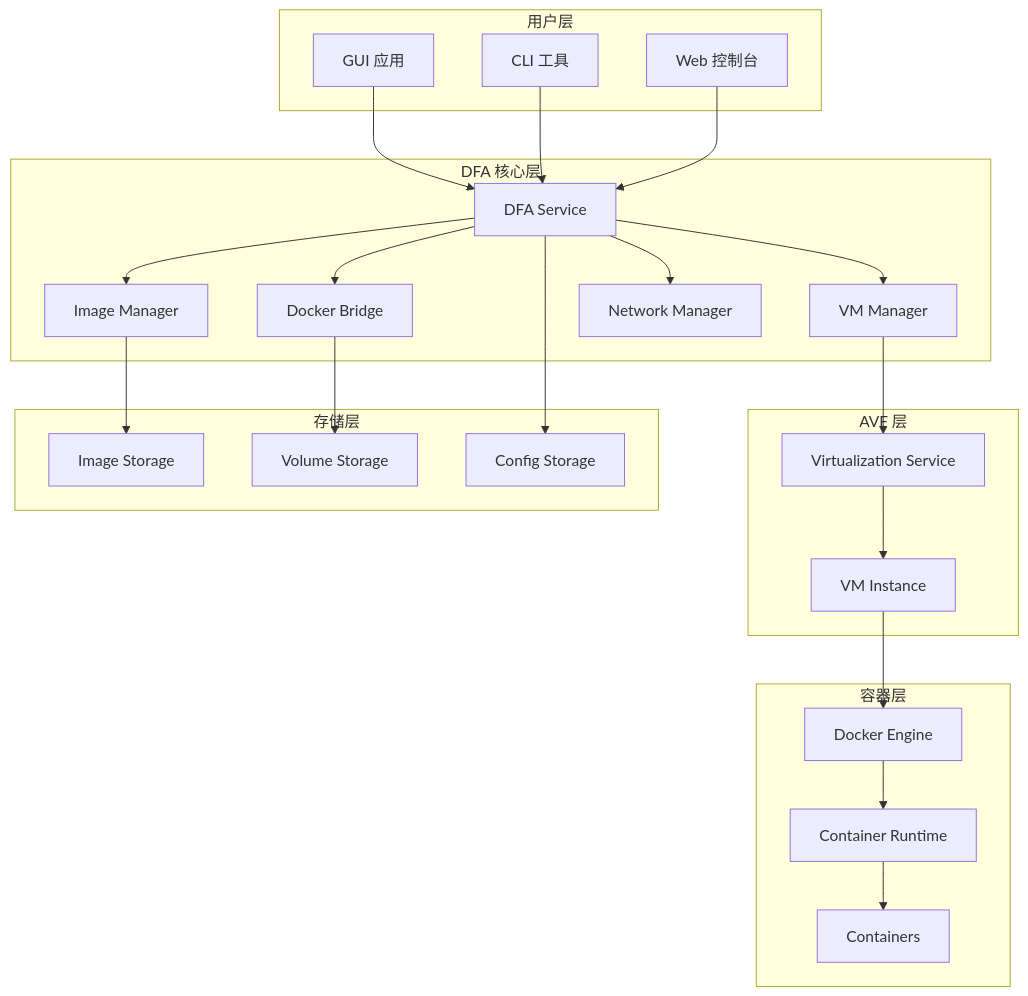
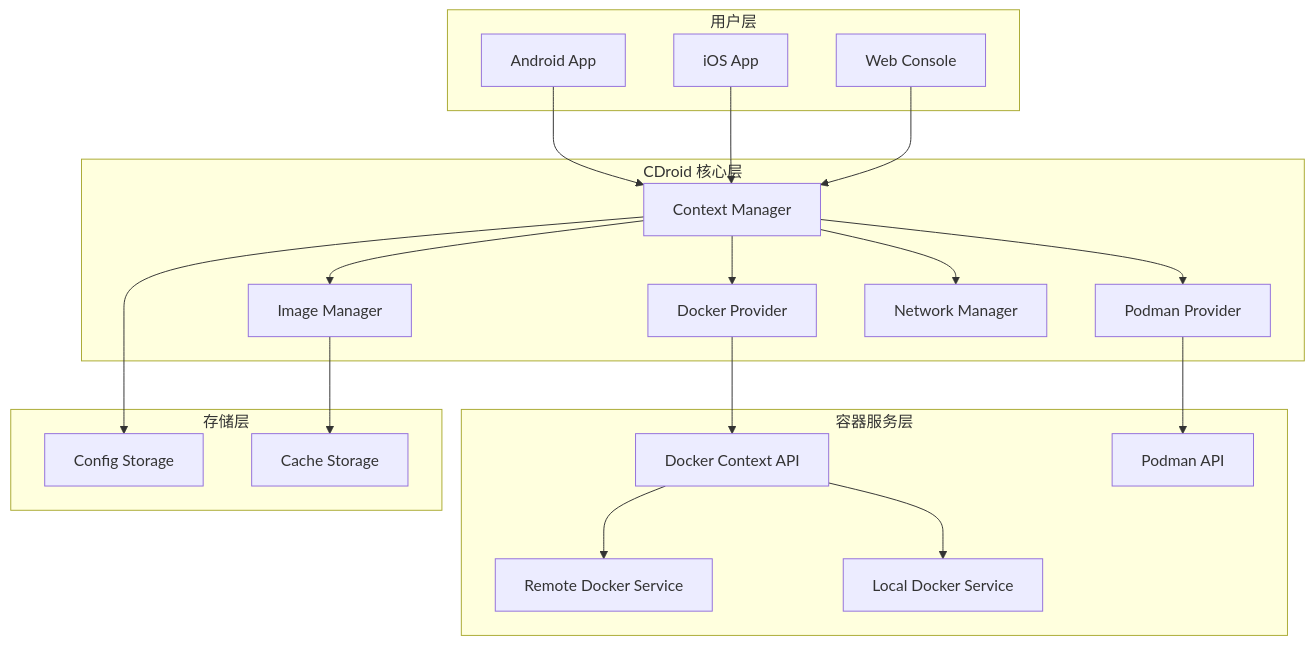
Before and after one commit to LineCatOvO/DFA: the first of 10 diagrams in docs/ARCHITECTURE.md, drawn with Mermaid. The commit also changed other lines of this file and 25 other files, not shown here.

````diff
--- a/docs/ARCHITECTURE.md
+++ b/docs/ARCHITECTURE.md
@@ -89,53 +38,45 @@
 ```mermaid
 graph TB
     subgraph "用户层"
-        A[GUI 应用]
-        B[CLI 工具]
-        C[Web 控制台]
+        A[Android App]
+        B[iOS App]
+        C[Web Console]
     end
     
-    subgraph "DFA 核心层"
-        D[DFA Service]
-        E[VM Manager]
-        F[Docker Bridge]
+    subgraph "CDroid 核心层"
+        D[Context Manager]
+        E[Docker Provider]
+        F[Podman Provider]
         G[Image Manager]
         H[Network Manager]
     end
     
-    subgraph "AVF 层"
-        I[Virtualization Service]
-        J[VM Instance]
-    end
-    
-    subgraph "容器层"
-        K[Docker Engine]
-        L[Container Runtime]
-        M[Containers]
+    subgraph "容器服务层"
+        I[Docker Context API]
+        J[Podman API]
+        K[Remote Docker Service]
+        L[Local Docker Service]
     end
     
     subgraph "存储层"
-        N[Image Storage]
-        O[Volume Storage]
-        P[Config Storage]
+        M[Config Storage]
+        N[Cache Storage]
     end
     
     A --> D
     B --> D
     C --> D
     
     D --> E
     D --> F
     D --> G
     D --> H
     
     E --> I
-    I --> J
-    J --> K
+    F --> J
+    I --> K
+    I --> L
     
-    K --> L
-    L --> M
-    
+    D --> M
     G --> N
-    F --> O
-    D --> P
 ```
````
